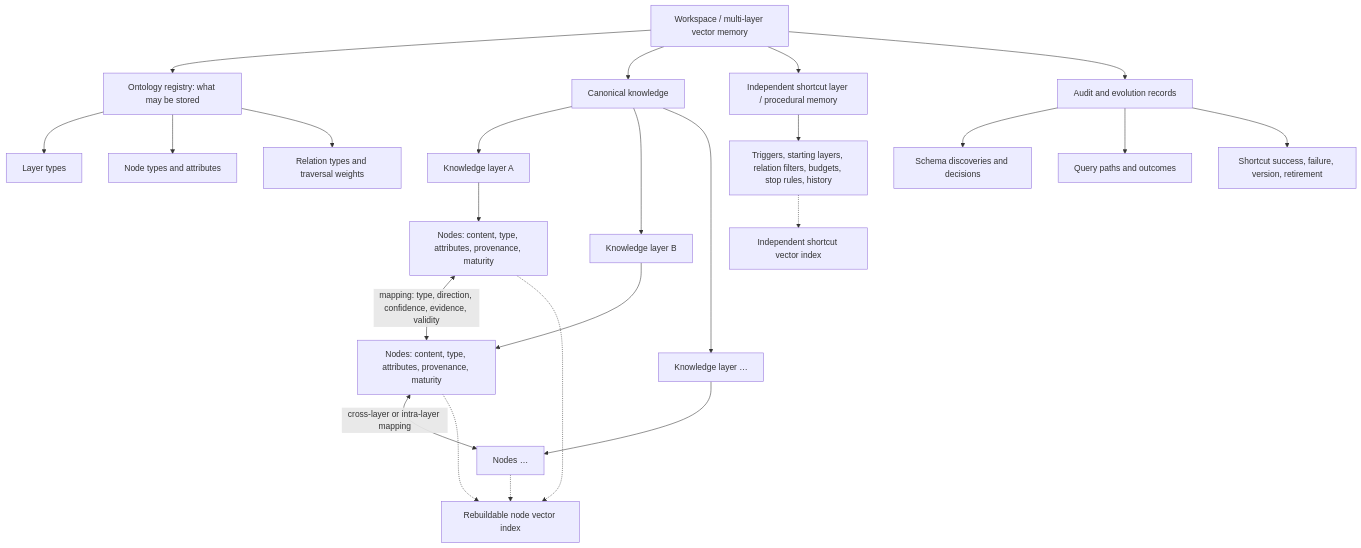
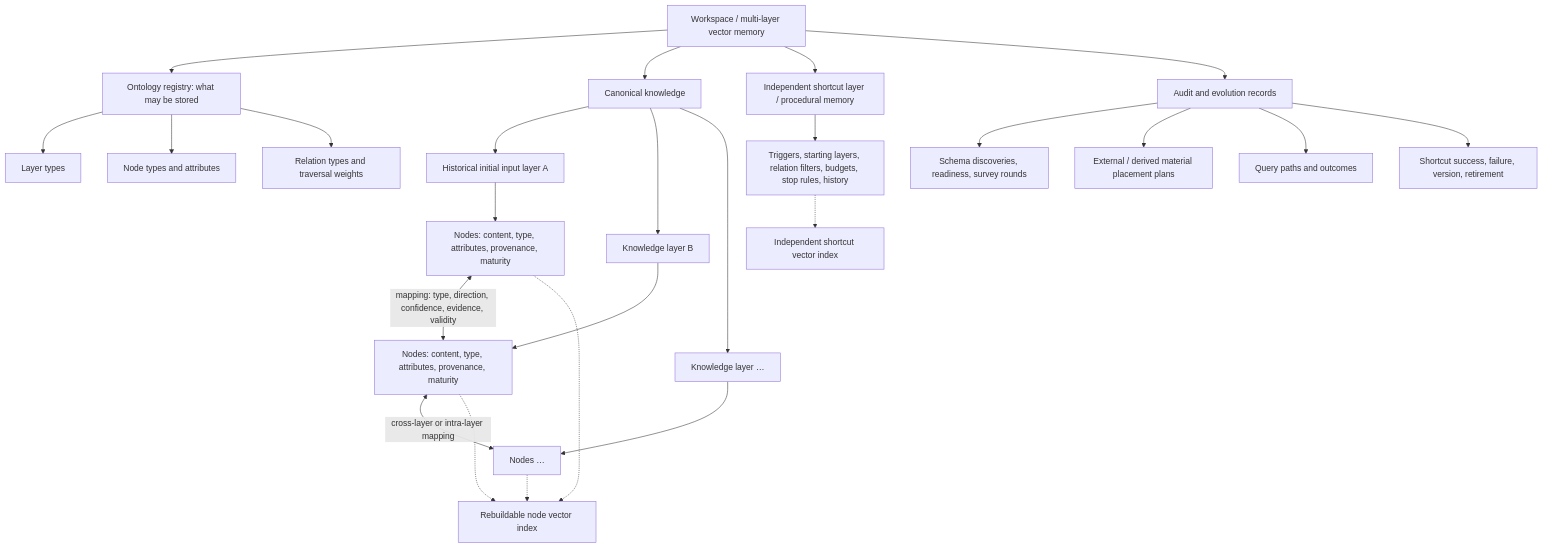
One commit to rsb0328/an-essay-concerning-llm-understanding changed the first of 3 diagrams in README.md. Above: the diagram before and after it, drawn with Mermaid. The commit also changed other lines of this file and 14 other files, not shown here.

Commit message:
gate abstraction and govern material placement (#6)

````diff
--- a/README.md
+++ b/README.md
@@ -179,31 +187,32 @@
 ```mermaid
 flowchart TB
     W["Workspace / multi-layer vector memory"]
     W --> O["Ontology registry: what may be stored"]
     O --> OT1["Layer types"]
     O --> OT2["Node types and attributes"]
     O --> OT3["Relation types and traversal weights"]
 
     W --> K["Canonical knowledge"]
-    K --> L1["Knowledge layer A"]
+    K --> L1["Historical initial input layer A"]
     K --> L2["Knowledge layer B"]
     K --> LN["Knowledge layer …"]
     L1 --> N1["Nodes: content, type, attributes, provenance, maturity"]
     L2 --> N2["Nodes: content, type, attributes, provenance, maturity"]
     LN --> NN["Nodes …"]
     N1 <-->|"mapping: type, direction, confidence, evidence, validity"| N2
     N2 <-->|"cross-layer or intra-layer mapping"| NN
 
     W --> P["Independent shortcut layer / procedural memory"]
     P --> PR["Triggers, starting layers, relation filters, budgets, stop rules, history"]
 
     W --> A["Audit and evolution records"]
-    A --> A1["Schema discoveries and decisions"]
+    A --> A1["Schema discoveries, readiness, survey rounds"]
+    A --> A4["External / derived material placement plans"]
     A --> A2["Query paths and outcomes"]
     A --> A3["Shortcut success, failure, version, retirement"]
 
     N1 -.-> VI["Rebuildable node vector index"]
     N2 -.-> VI
     NN -.-> VI
     PR -.-> SI["Independent shortcut vector index"]
 ```
````
